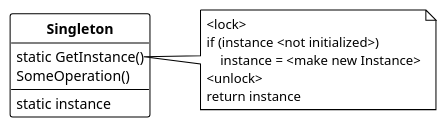
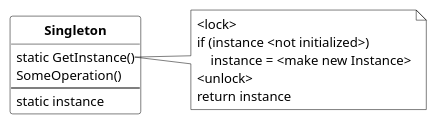
One commit to dst80/design-patterns changed the diagram in creational_patterns/singleton/singleton.md. Above: the diagram before and after it, drawn with PlantUML. The commit also changed 11 other files, not shown here.

````diff
--- a/creational_patterns/singleton/singleton.md
+++ b/creational_patterns/singleton/singleton.md
@@ -6,24 +6,39 @@
 ```plantuml
 @startuml singleton
-!theme plain
+skinparam ranksep 50
+skinparam nodesep 50
+skinparam class {
+  FontSize 13
+  AttributeFontSize 13
+  FontStyle bold
+  BackgroundColor transparent
+  BorderColor black
+}
+skinparam arrow {
+  Color black
+  FontColor black
+  Thickness 2
+}
+skinparam note {
+  BackgroundColor transparent
+  BorderColor black
+}
+hide circle
+hide fields
 
-hide circle
-skinparam nodesep 50
-skinparam ranksep 40
-
-class "**Singleton**" as singleton {
+class Singleton {
     static GetInstance()
     SomeOperation()
     ---
     static instance
 }
-note right of singleton::GetInstance
+note right of Singleton::GetInstance
 <lock>
 if (instance <not initialized>) 
     instance = <make new Instance>
 <unlock>
 return instance
 end note
 
 @enduml
 ```
````
